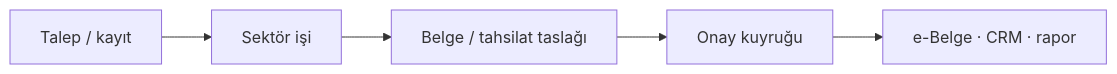
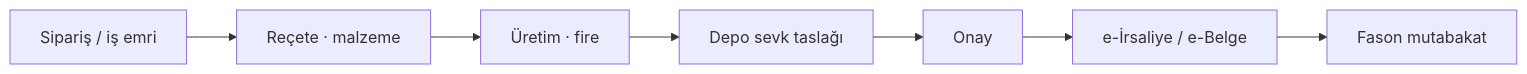
Before and after one commit to sametkarabulut-dev/xfuturepos-v2: the first of 2 diagrams in 01 Sektörler/13 Üretim & İmalat.md, drawn with Mermaid. The commit also changed other lines of this file and 5 other files, not shown here.

````diff
--- a/01 Sektörler/13 Üretim & İmalat.md
+++ b/01 Sektörler/13 Üretim & İmalat.md
@@ -52,7 +53,9 @@
 ```mermaid
 flowchart LR
-  A["Talep / kayıt"] --> B["Sektör işi"]
-  B --> C["Belge / tahsilat taslağı"]
-  C --> D["Onay kuyruğu"]
-  D --> E["e-Belge · CRM · rapor"]
+  A["Sipariş / iş emri"] --> B["Reçete · malzeme"]
+  B --> C["Üretim · fire"]
+  C --> D["Depo sevk taslağı"]
+  D --> E["Onay"]
+  E --> F["e-İrsaliye / e-Belge"]
+  F --> G["Fason mutabakat"]
 ```
````
